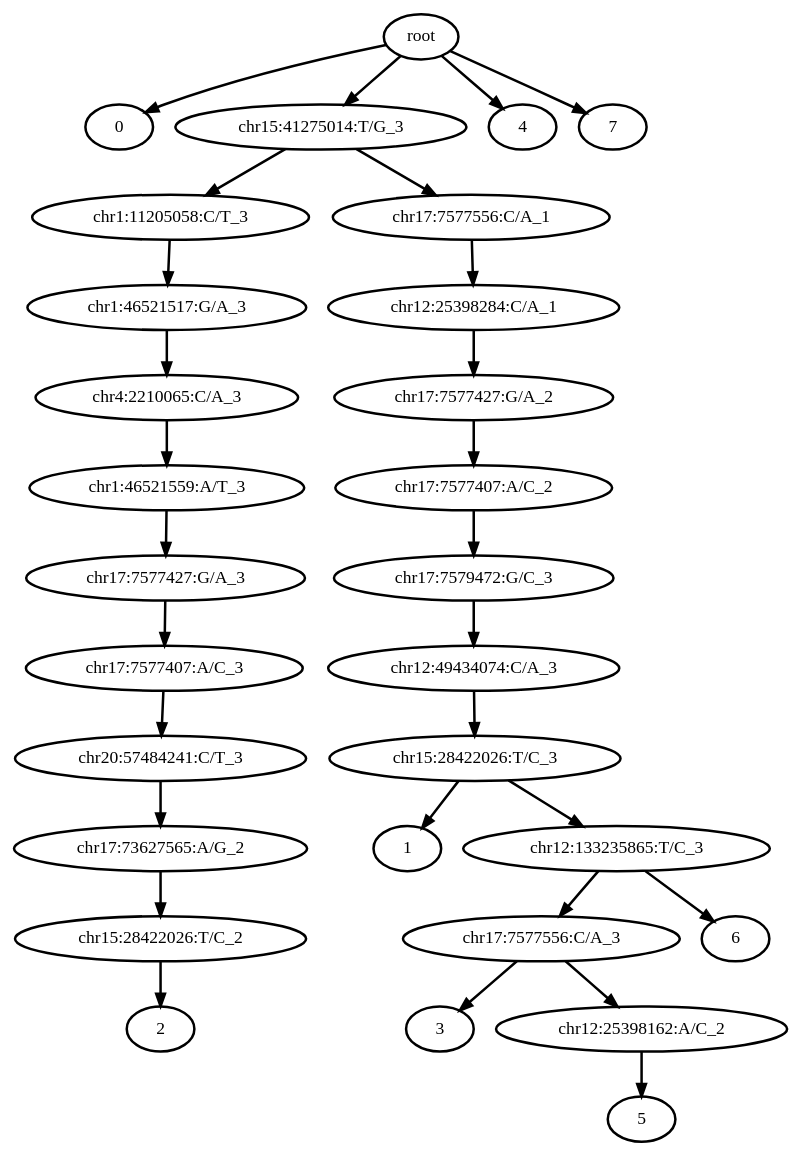
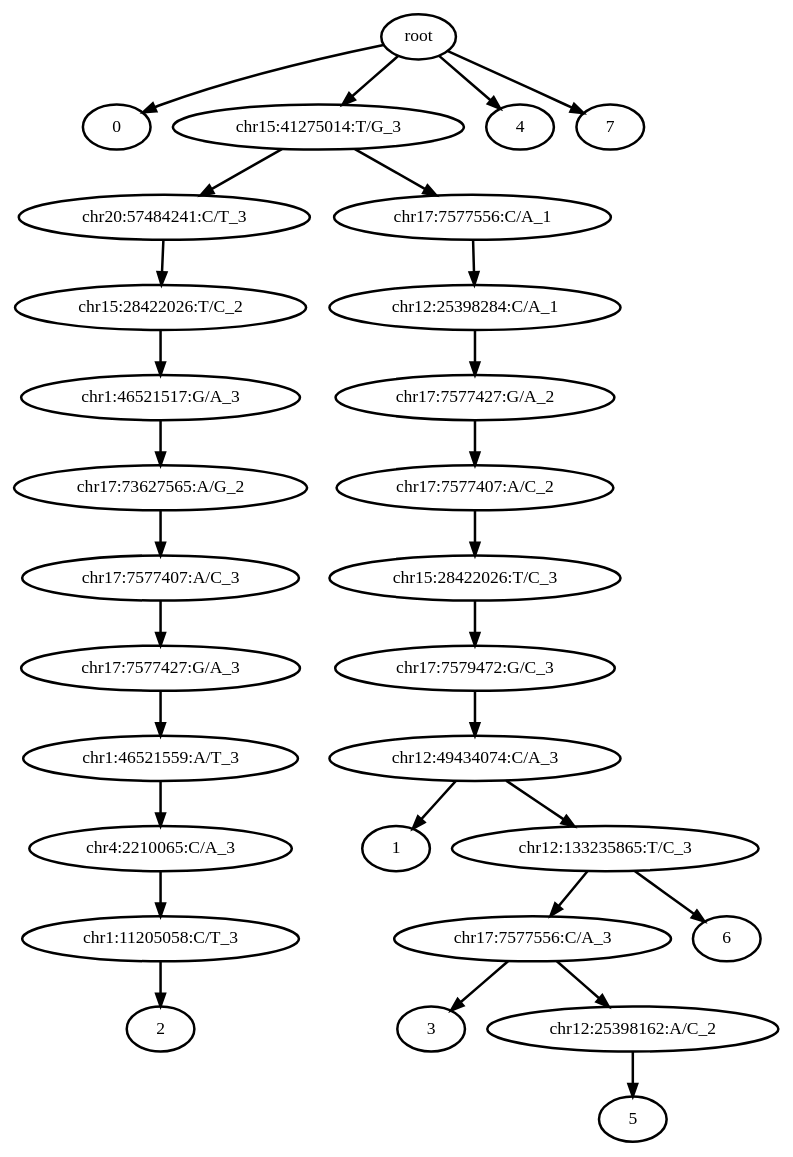
One commit to haochenz96/Tapestri_main_manuscript_analysis changed the diagram in 0_condor_pipeline/condor_outputs/RA19_10/out_tree.dot. Above: the diagram before and after it, drawn with Graphviz. The commit also changed 1647 other files, not shown here.

```diff
--- a/0_condor_pipeline/condor_outputs/RA19_10/out_tree.dot
+++ b/0_condor_pipeline/condor_outputs/RA19_10/out_tree.dot
@@ -1,61 +1,61 @@
 digraph N {
 	overlap="false"
 	rankdir="TB"
 	0 [label="root", style="bold"];
 	1 [label="0", style="bold"];
 	2 [label="chr15:41275014:T/G_3", style="bold"];
 	3 [label="1", style="bold"];
-	4 [label="chr1:11205058:C/T_3", style="bold"];
-	5 [label="chr1:46521517:G/A_3", style="bold"];
-	6 [label="chr4:2210065:C/A_3", style="bold"];
-	7 [label="chr1:46521559:A/T_3", style="bold"];
-	8 [label="chr17:7577427:G/A_3", style="bold"];
-	9 [label="chr17:7577407:A/C_3", style="bold"];
-	10 [label="chr20:57484241:C/T_3", style="bold"];
-	11 [label="chr17:73627565:A/G_2", style="bold"];
-	12 [label="chr15:28422026:T/C_2", style="bold"];
+	4 [label="chr20:57484241:C/T_3", style="bold"];
+	5 [label="chr15:28422026:T/C_2", style="bold"];
+	6 [label="chr1:46521517:G/A_3", style="bold"];
+	7 [label="chr17:73627565:A/G_2", style="bold"];
+	8 [label="chr17:7577407:A/C_3", style="bold"];
+	9 [label="chr17:7577427:G/A_3", style="bold"];
+	10 [label="chr1:46521559:A/T_3", style="bold"];
+	11 [label="chr4:2210065:C/A_3", style="bold"];
+	12 [label="chr1:11205058:C/T_3", style="bold"];
 	13 [label="2", style="bold"];
 	14 [label="chr12:133235865:T/C_3", style="bold"];
 	15 [label="chr17:7577556:C/A_3", style="bold"];
 	16 [label="3", style="bold"];
 	17 [label="4", style="bold"];
 	18 [label="chr12:25398162:A/C_2", style="bold"];
 	19 [label="5", style="bold"];
 	20 [label="6", style="bold"];
 	21 [label="7", style="bold"];
 	22 [label="chr17:7577427:G/A_2", style="bold"];
 	23 [label="chr17:7577407:A/C_2", style="bold"];
-	24 [label="chr17:7579472:G/C_3", style="bold"];
-	25 [label="chr12:49434074:C/A_3", style="bold"];
-	26 [label="chr15:28422026:T/C_3", style="bold"];
+	24 [label="chr15:28422026:T/C_3", style="bold"];
+	25 [label="chr17:7579472:G/C_3", style="bold"];
+	26 [label="chr12:49434074:C/A_3", style="bold"];
 	27 [label="chr17:7577556:C/A_1", style="bold"];
 	28 [label="chr12:25398284:C/A_1", style="bold"];
 	0 -> 1 [style="bold"];
 	0 -> 2 [style="bold"];
 	0 -> 17 [style="bold"];
 	0 -> 21 [style="bold"];
 	2 -> 4 [style="bold"];
 	2 -> 27 [style="bold"];
 	4 -> 5 [style="bold"];
 	5 -> 6 [style="bold"];
 	6 -> 7 [style="bold"];
 	7 -> 8 [style="bold"];
 	8 -> 9 [style="bold"];
 	9 -> 10 [style="bold"];
 	10 -> 11 [style="bold"];
 	11 -> 12 [style="bold"];
 	12 -> 13 [style="bold"];
 	14 -> 15 [style="bold"];
 	14 -> 20 [style="bold"];
 	15 -> 16 [style="bold"];
 	15 -> 18 [style="bold"];
 	18 -> 19 [style="bold"];
 	22 -> 23 [style="bold"];
 	23 -> 24 [style="bold"];
 	24 -> 25 [style="bold"];
 	25 -> 26 [style="bold"];
 	26 -> 3 [style="bold"];
 	26 -> 14 [style="bold"];
 	27 -> 28 [style="bold"];
 	28 -> 22 [style="bold"];
 }
```
